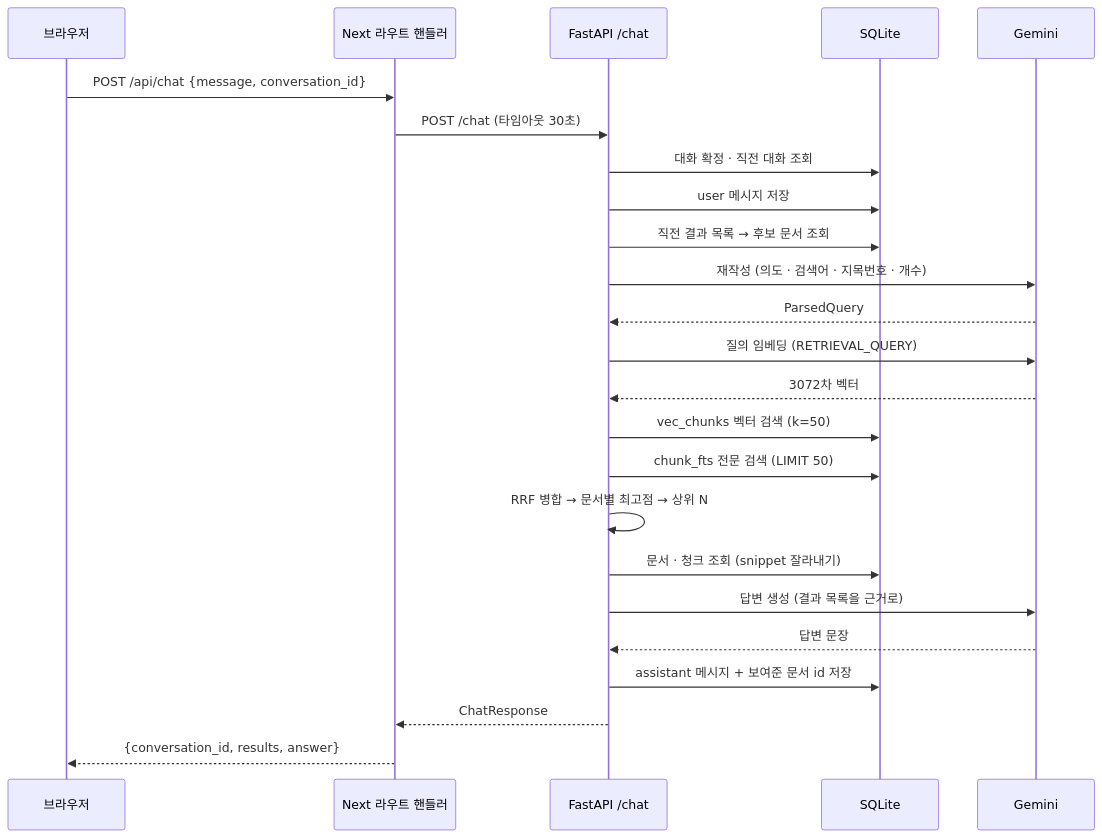
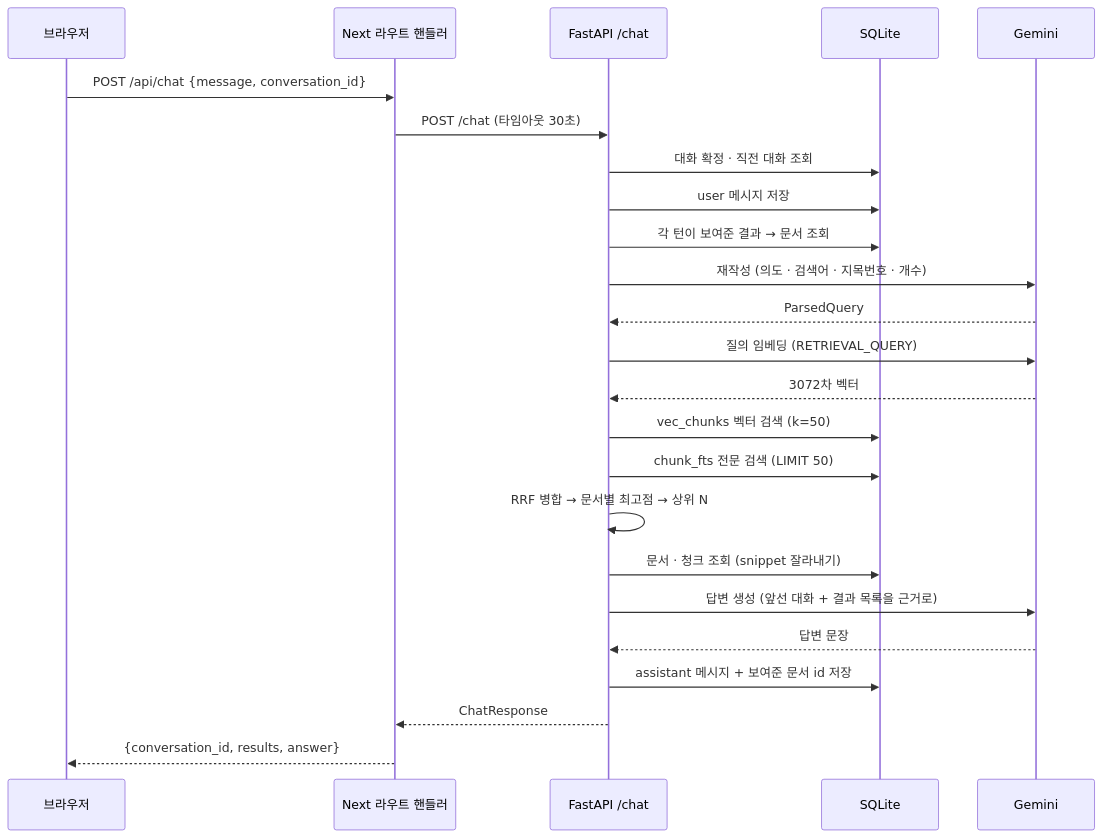
Before and after one commit to haesuo566/history_tracker: the second of 5 diagrams in docs/query-flow.md, drawn with Mermaid. The commit also changed other lines of this file and 19 other files, not shown here.

First line of the commit message:
feat: 그 턴이 보여준 결과 목록을 되살려 프롬프트와 화면에 싣기

````diff
--- a/docs/query-flow.md
+++ b/docs/query-flow.md
@@ -51,27 +52,27 @@
 ```mermaid
 sequenceDiagram
     participant U as 브라우저
     participant N as Next 라우트 핸들러
     participant F as FastAPI /chat
     participant DB as SQLite
     participant G as Gemini
 
     U->>N: POST /api/chat {message, conversation_id}
     N->>F: POST /chat (타임아웃 30초)
     F->>DB: 대화 확정 · 직전 대화 조회
     F->>DB: user 메시지 저장
-    F->>DB: 직전 결과 목록 → 후보 문서 조회
+    F->>DB: 각 턴이 보여준 결과 → 문서 조회
     F->>G: 재작성 (의도 · 검색어 · 지목번호 · 개수)
     G-->>F: ParsedQuery
     F->>G: 질의 임베딩 (RETRIEVAL_QUERY)
     G-->>F: 3072차 벡터
     F->>DB: vec_chunks 벡터 검색 (k=50)
     F->>DB: chunk_fts 전문 검색 (LIMIT 50)
     F->>F: RRF 병합 → 문서별 최고점 → 상위 N
     F->>DB: 문서 · 청크 조회 (snippet 잘라내기)
-    F->>G: 답변 생성 (결과 목록을 근거로)
+    F->>G: 답변 생성 (앞선 대화 + 결과 목록을 근거로)
     G-->>F: 답변 문장
     F->>DB: assistant 메시지 + 보여준 문서 id 저장
     F-->>N: ChatResponse
     N-->>U: {conversation_id, results, answer}
 ```
````
